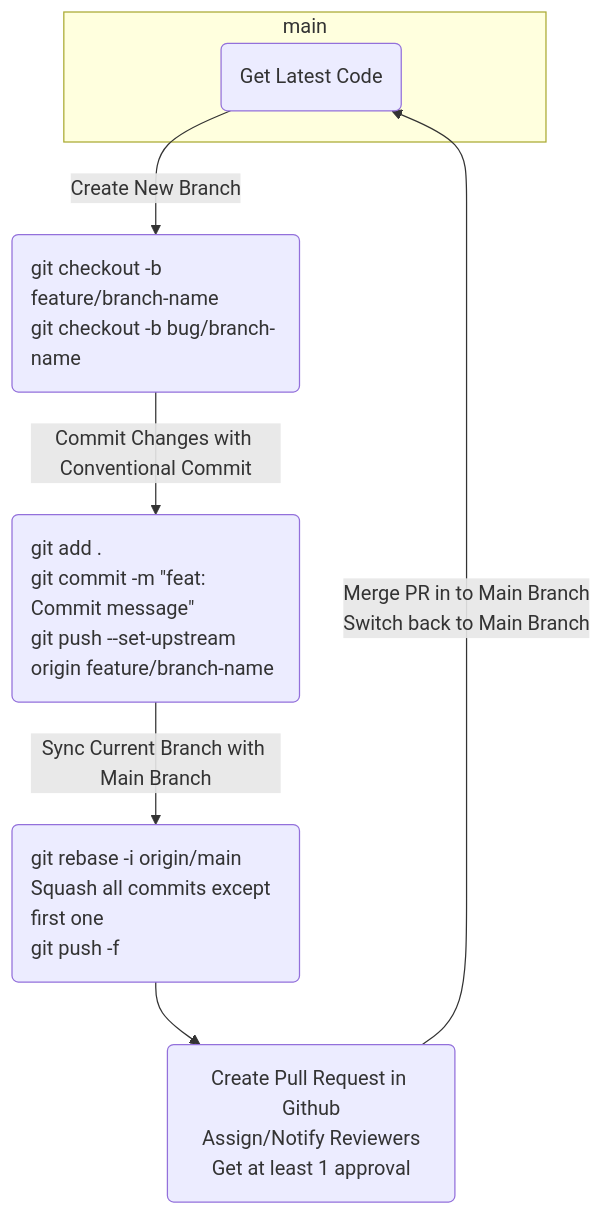
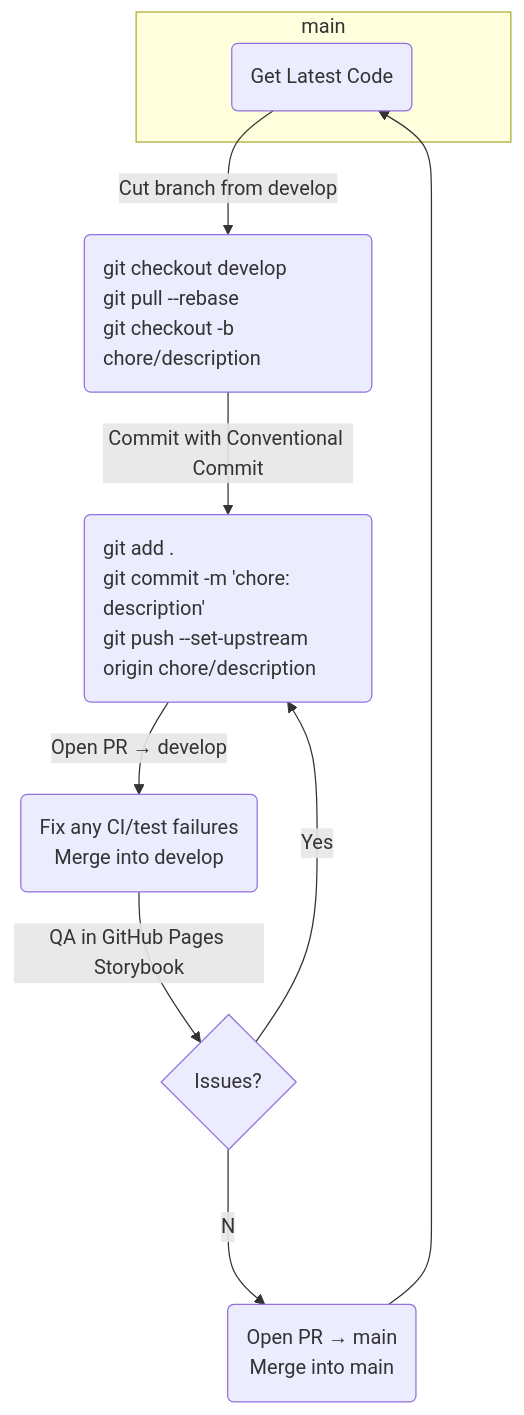
Before and after one commit to driponfleek/bankai-ui: the diagram in README.md, drawn with Mermaid. The commit also changed other lines of this file, not shown here.

````diff
--- a/README.md
+++ b/README.md
@@ -90,14 +166,15 @@
 ```mermaid
 flowchart TD
     subgraph main
     nodeStart(Get Latest Code)
     end
-    nodeStart --Create New Branch--> newBranchStart(git checkout -b feature/branch-name\ngit checkout -b bug/branch-name)
-    newBranchStart --Commit Changes with Conventional Commit--> newBranchCommit(git add .\ngit commit -m &quotfeat: Commit message&quot\ngit push --set-upstream origin feature/branch-name)
-    newBranchCommit --Sync Current Branch with Main Branch--> newBranchSyncWithMain(git rebase -i origin/main\nSquash all commits except first one\ngit push -f)
-    newBranchSyncWithMain --> createPR(Create Pull Request in Github\nAssign/Notify Reviewers\nGet at least 1 approval)
-    createPR --Merge PR in to Main Branch\nSwitch back to Main Branch--> nodeStart
+    nodeStart --Cut branch from develop--> newBranchStart("git checkout develop\ngit pull --rebase\ngit checkout -b chore/description")
+    newBranchStart --Commit with Conventional Commit--> newBranchCommit("git add .\ngit commit -m 'chore: description'\ngit push --set-upstream origin chore/description")
+    newBranchCommit --Open PR → develop--> prDevelop(Fix any CI/test failures\nMerge into develop)
+    prDevelop --QA in GitHub Pages Storybook--> qaCheck{Issues?}
+    qaCheck --Yes--> newBranchCommit
+    qaCheck --No--> prMain(Open PR → main\nMerge into main)
+    prMain --> nodeStart
     style newBranchStart text-align:left
     style newBranchCommit text-align:left
-    style newBranchSyncWithMain text-align:left
 ```
````
